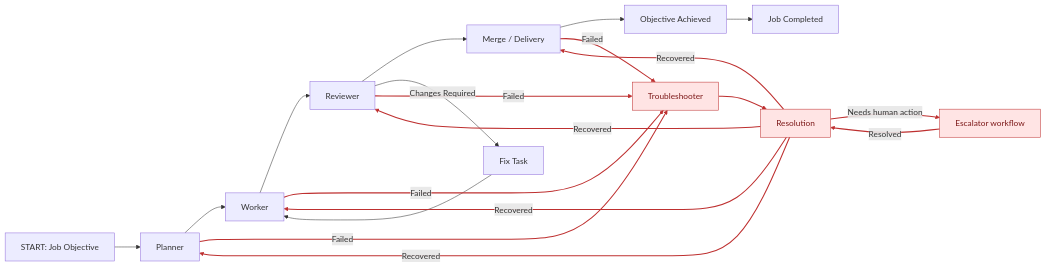
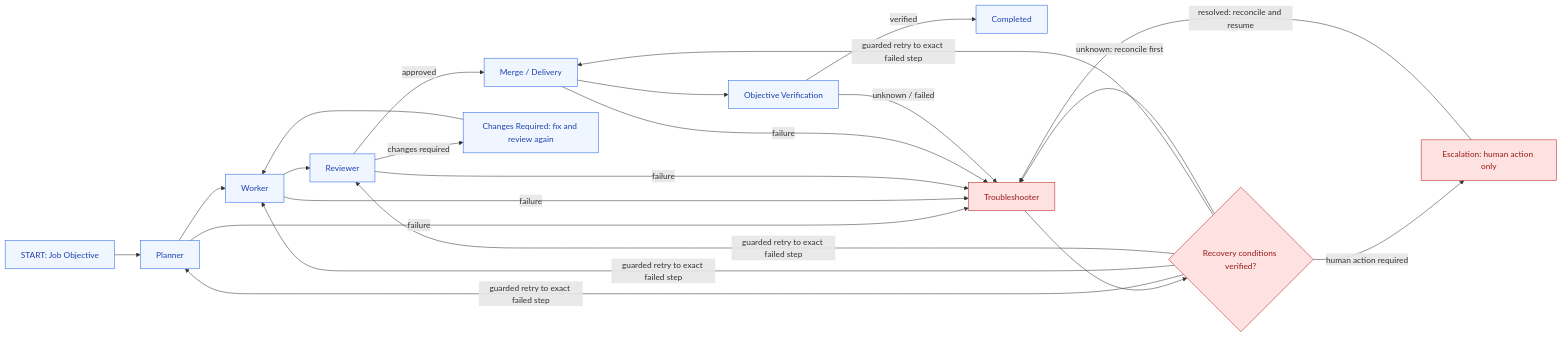
One commit to lalalic/agents-relay changed the diagram in workflow/main.mmd. Above: the diagram before and after it, drawn with Mermaid. The commit also changed 3 other files, not shown here.

Commit message:
feat(workflow): presentation entry and derived graph usage index

```diff
--- a/workflow/main.mmd
+++ b/workflow/main.mmd
@@ -1,29 +1,53 @@
-%% dashboard: presentation-only; not an executable workflow
+%% PRESENTATION ONLY — not registered with GraphRuntime or the executable Graph DSL.
+%% Nodes link to the canonical executable workflow graphs. SQLite remains authoritative.
 flowchart LR
-objective["START: Job Objective"] --> planner["Planner"] --> worker["Worker"] --> reviewer["Reviewer"] --> merge["Merge / Delivery"] --> achieved["Objective Achieved"] --> completed["Job Completed"]
-reviewer -->|Changes Required| fix["Fix Task"] --> worker
-planner -->|Failed| troubleshooter["Troubleshooter"]
-worker -->|Failed| troubleshooter
-reviewer -->|Failed| troubleshooter
-merge -->|Failed| troubleshooter
-troubleshooter --> resolution["Resolution"]
-resolution -->|Recovered| planner
-resolution -->|Recovered| worker
-resolution -->|Recovered| reviewer
-resolution -->|Recovered| merge
-resolution -->|Needs human action| escalator["Escalator workflow"] -->|Resolved| resolution
-classDef failure fill:#ffe4e4,stroke:#be3030,color:#7c1818
-class troubleshooter,resolution,escalator failure
-linkStyle 8,9,10,11,12,13,14,15,16,17,18 stroke:#be3030,stroke-width:2px
+    objective["START: Job Objective"]
+    planner["Planner"]
+    worker["Worker"]
+    reviewer["Reviewer"]
+    delivery["Merge / Delivery"]
+    verify["Objective Verification"]
+    completed["Completed"]
+    trouble["Troubleshooter"]
+    recover{"Recovery conditions verified?"}
+    escalation["Escalation: human action only"]
+    fix["Changes Required: fix and review again"]
 
-click objective href "job-lifecycle.mmd"
-click planner href "planner-orchestration.mmd"
-click worker href "task-lifecycle.mmd"
-click reviewer href "review-lifecycle.mmd"
-click merge href "job-lifecycle.mmd"
-click achieved href "job-lifecycle.mmd"
-click completed href "job-lifecycle.mmd"
-click fix href "review-lifecycle.mmd"
-click troubleshooter href "troubleshooter.mmd"
-click resolution href "blocker-resolution.mmd"
-click escalator href "escalation.mmd"
+    objective --> planner
+    planner --> worker
+    worker --> reviewer
+    reviewer -->|approved| delivery
+    reviewer -->|changes required| fix
+    fix --> worker
+    delivery --> verify
+    verify -->|verified| completed
+
+    planner -->|failure| trouble
+    worker -->|failure| trouble
+    reviewer -->|failure| trouble
+    delivery -->|failure| trouble
+    verify -->|unknown / failed| trouble
+    trouble --> recover
+    recover -->|guarded retry to exact failed step| planner
+    recover -->|guarded retry to exact failed step| worker
+    recover -->|guarded retry to exact failed step| reviewer
+    recover -->|guarded retry to exact failed step| delivery
+    recover -->|unknown: reconcile first| trouble
+    recover -->|human action required| escalation
+    escalation -->|resolved: reconcile and resume| trouble
+
+    click objective href "job-lifecycle.mmd" "Job lifecycle"
+    click planner href "planner-orchestration.mmd" "Planner orchestration"
+    click worker href "task-lifecycle.mmd" "Task lifecycle"
+    click reviewer href "review-lifecycle.mmd" "Review lifecycle"
+    click delivery href "job-lifecycle.mmd" "Job completion"
+    click verify href "job-lifecycle.mmd" "Objective completion gate"
+    click trouble href "troubleshooter.mmd" "Troubleshooter"
+    click recover href "task-resolution.mmd" "Task resolution"
+    click escalation href "escalation.mmd" "Escalation"
+    click fix href "review-lifecycle.mmd" "Review fixes"
+
+    classDef exception fill:#fee2e2,stroke:#b91c1c,color:#991b1b
+    classDef normal fill:#eff6ff,stroke:#2563eb,color:#1e40af
+    class trouble,recover,escalation exception
+    class objective,planner,worker,reviewer,delivery,verify,completed,fix normal
```
